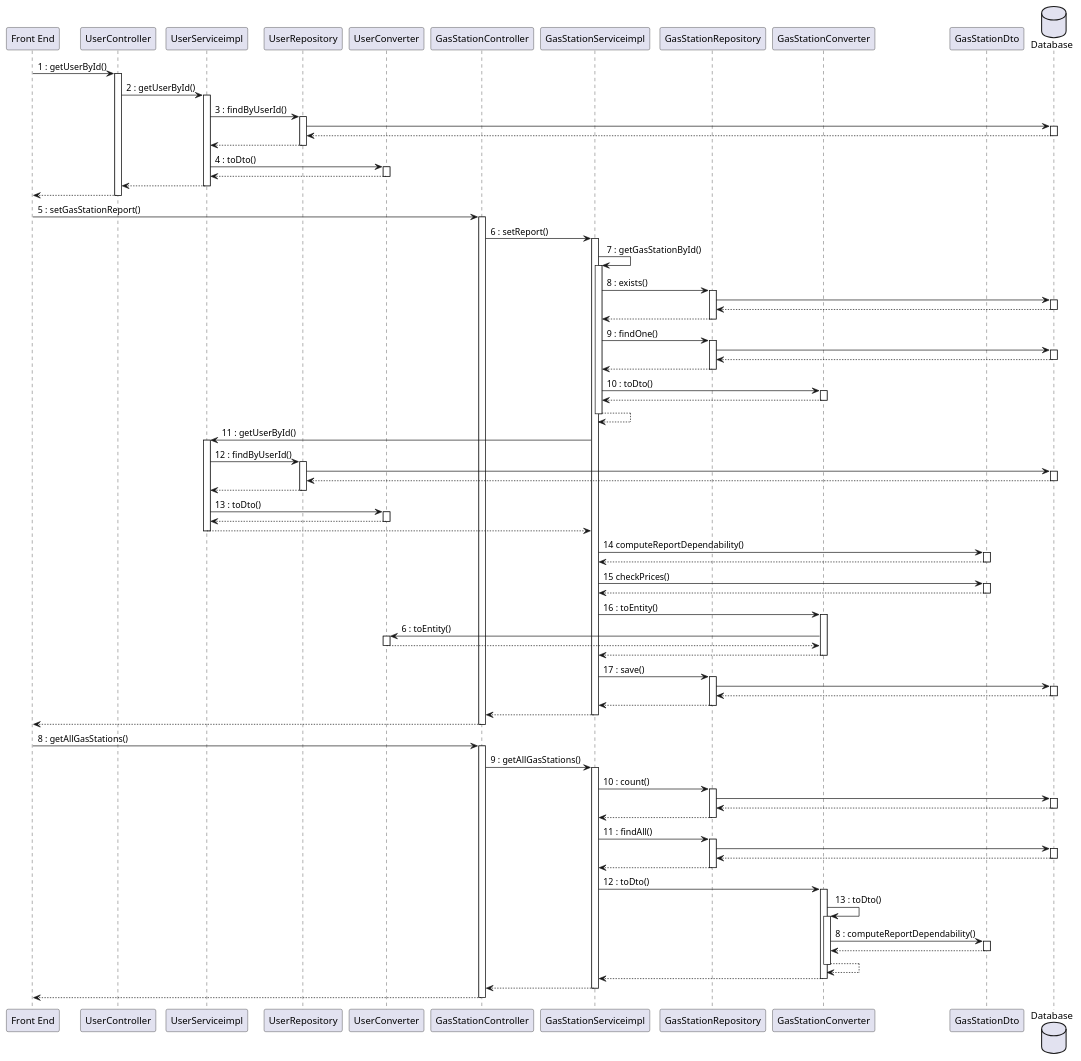
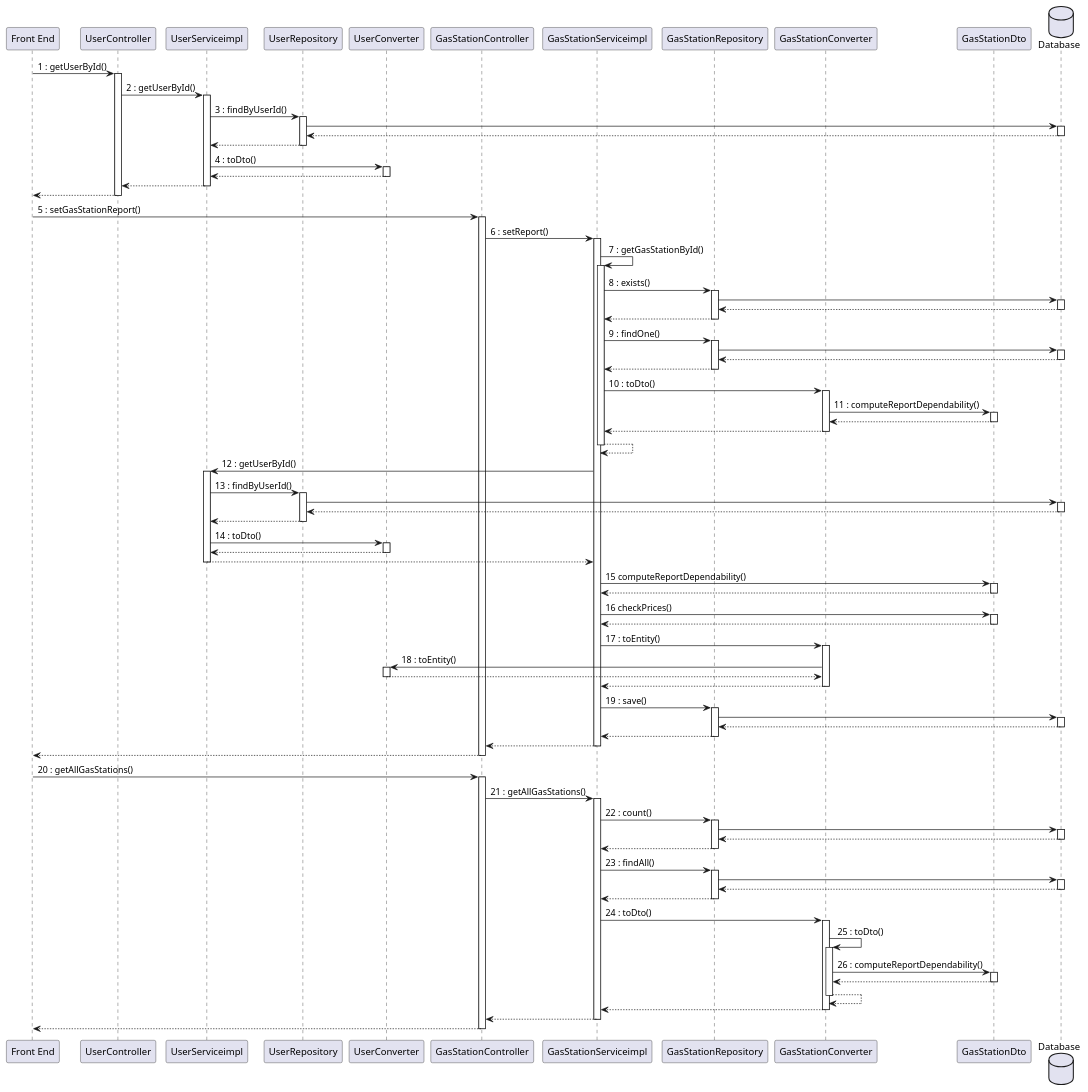
One commit to mosTavassoli/ezgas changed diagram 11 of 15 in docs/DesignDocument.md. Above: the diagram before and after it, drawn with PlantUML. The commit also changed other lines of this file, not shown here.

Commit message:
docs(DesignDocument): edit sequence diagram and numbering

```diff
--- a/docs/DesignDocument.md
+++ b/docs/DesignDocument.md
@@ -846,18 +846,21 @@
 return
 GasStationServiceimpl -> GasStationConverter:10 : toDto()
 activate GasStationConverter
+GasStationConverter -> GasStationDto:11 : computeReportDependability()
+activate GasStationDto
+return
 return
 return
 
-GasStationServiceimpl -> UserServiceimpl:11 : getUserById()
+GasStationServiceimpl -> UserServiceimpl:12 : getUserById()
 activate UserServiceimpl
-UserServiceimpl -> UserRepository:12 : findByUserId()
+UserServiceimpl -> UserRepository:13 : findByUserId()
 activate UserRepository
 UserRepository -> Database
 activate Database
 return
 return
-UserServiceimpl -> UserConverter:13 : toDto()
+UserServiceimpl -> UserConverter:14 : toDto()
 activate UserConverter
 return
 return
@@ -866,24 +869,24 @@
 
 
 
-GasStationServiceimpl -> GasStationDto:14 computeReportDependability()
+GasStationServiceimpl -> GasStationDto:15 computeReportDependability()
 activate GasStationDto
 
 return
 
-GasStationServiceimpl -> GasStationDto:15 checkPrices()
+GasStationServiceimpl -> GasStationDto:16 checkPrices()
 activate GasStationDto
 
 return
 
-GasStationServiceimpl -> GasStationConverter:16 : toEntity()
+GasStationServiceimpl -> GasStationConverter:17 : toEntity()
 activate GasStationConverter
-GasStationConverter -> UserConverter:6 : toEntity()
+GasStationConverter -> UserConverter:18 : toEntity()
 activate UserConverter
 return
 return
 
-GasStationServiceimpl -> GasStationRepository:17 : save()
+GasStationServiceimpl -> GasStationRepository:19 : save()
 activate GasStationRepository
 GasStationRepository -> Database
 activate Database
@@ -892,28 +895,28 @@
 return
 return
 
-"Front End" -> GasStationController:8 : getAllGasStations()
+"Front End" -> GasStationController:20 : getAllGasStations()
 activate GasStationController
-GasStationController -> GasStationServiceimpl:9 : getAllGasStations()
+GasStationController -> GasStationServiceimpl:21 : getAllGasStations()
 activate GasStationServiceimpl
-GasStationServiceimpl -> GasStationRepository:10 : count()
+GasStationServiceimpl -> GasStationRepository:22 : count()
 activate GasStationRepository
 GasStationRepository -> Database
 activate Database
 return
 return
-GasStationServiceimpl -> GasStationRepository:11 : findAll()
+GasStationServiceimpl -> GasStationRepository:23 : findAll()
 activate GasStationRepository
 GasStationRepository -> Database
 activate Database
 return
 return
 
-GasStationServiceimpl -> GasStationConverter:12 : toDto()
+GasStationServiceimpl -> GasStationConverter:24 : toDto()
 activate GasStationConverter
-GasStationConverter -> GasStationConverter:13 : toDto()
+GasStationConverter -> GasStationConverter:25 : toDto()
 activate GasStationConverter
-GasStationConverter -> GasStationDto:8 : computeReportDependability()
+GasStationConverter -> GasStationDto:26 : computeReportDependability()
 activate GasStationDto
 return
 return
```
